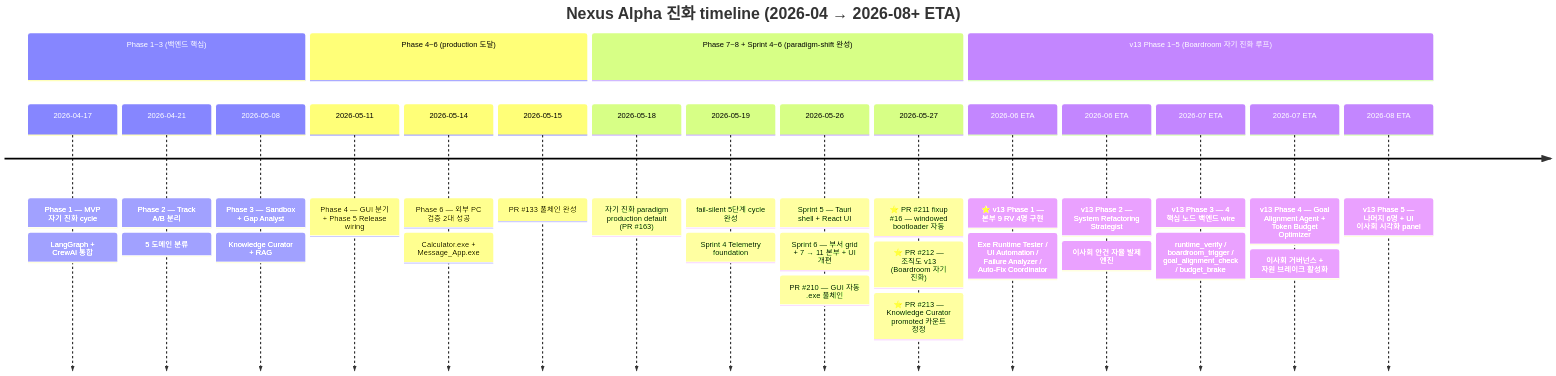
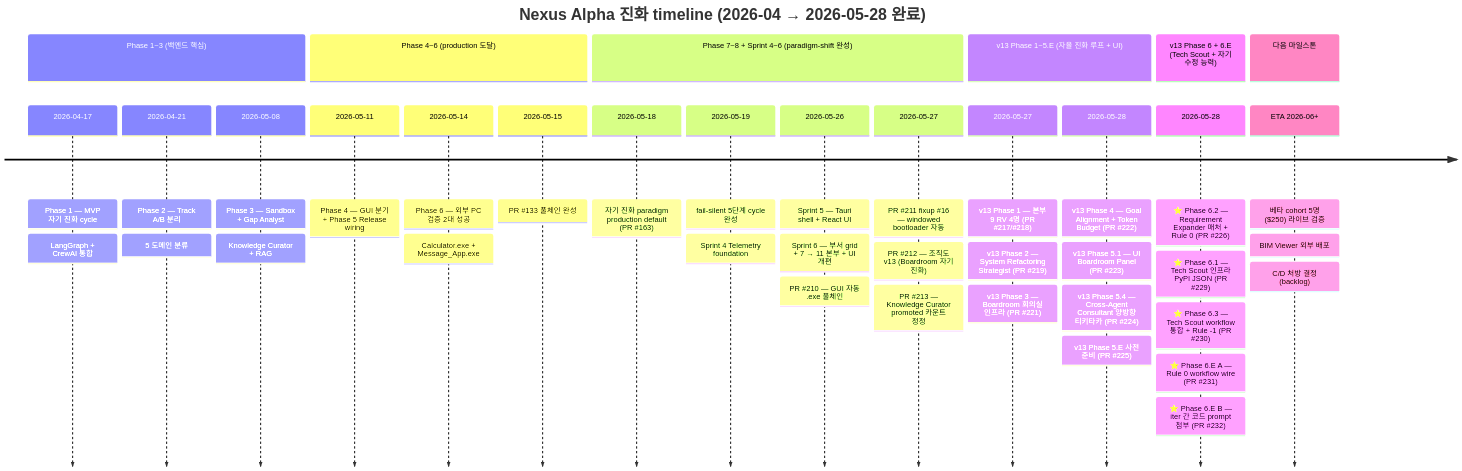
The first of 4 diagrams in docs/architecture/phase_progress.md (SongJongwon/nexus-alpha), drawn with Mermaid before and after one commit. The commit also changed other lines of this file and 2 other files, not shown here.

First line of the commit message:
docs: 2026-05-28 세션 마무리 — Phase 6.E A+B 완성 반영 3 문서 갱신 (#233)

````diff
--- a/docs/architecture/phase_progress.md
+++ b/docs/architecture/phase_progress.md
@@ -10,40 +10,50 @@
 ```mermaid
 timeline
-    title Nexus Alpha 진화 timeline (2026-04 → 2026-08+ ETA)
+    title Nexus Alpha 진화 timeline (2026-04 → 2026-05-28 완료)
 
     section Phase 1~3 (백엔드 핵심)
         2026-04-17 : Phase 1 — MVP 자기 진화 cycle
                    : LangGraph + CrewAI 통합
         2026-04-21 : Phase 2 — Track A/B 분리
                    : 5 도메인 분류
         2026-05-08 : Phase 3 — Sandbox + Gap Analyst
                    : Knowledge Curator + RAG
 
     section Phase 4~6 (production 도달)
         2026-05-11 : Phase 4 — GUI 분기 + Phase 5 Release wiring
         2026-05-14 : Phase 6 — 외부 PC 검증 2대 성공
                    : Calculator.exe + Message_App.exe
         2026-05-15 : PR #133 풀체인 완성
 
     section Phase 7~8 + Sprint 4~6 (paradigm-shift 완성)
         2026-05-18 : 자기 진화 paradigm production default (PR #163)
         2026-05-19 : fail-silent 5단계 cycle 완성
                    : Sprint 4 Telemetry foundation
         2026-05-26 : Sprint 5 — Tauri shell + React UI
                    : Sprint 6 — 부서 grid + 7 → 11 본부 + UI 개편
                    : PR #210 — GUI 자동 .exe 풀체인
-        2026-05-27 : ⭐ PR #211 fixup #16 — windowed bootloader 자동
-                   : ⭐ PR #212 — 조직도 v13 (Boardroom 자기 진화)
-                   : ⭐ PR #213 — Knowledge Curator promoted 카운트 정정
+        2026-05-27 : PR #211 fixup #16 — windowed bootloader 자동
+                   : PR #212 — 조직도 v13 (Boardroom 자기 진화)
+                   : PR #213 — Knowledge Curator promoted 카운트 정정
 
-    section v13 Phase 1~5 (Boardroom 자기 진화 루프)
-        2026-06 ETA : ⭐ v13 Phase 1 — 본부 9 RV 4명 구현
-                    : Exe Runtime Tester / UI Automation / Failure Analyzer / Auto-Fix Coordinator
-        2026-06 ETA : v13 Phase 2 — System Refactoring Strategist
-                    : 이사회 안건 자율 발제 엔진
-        2026-07 ETA : v13 Phase 3 — 4 핵심 노드 백엔드 wire
-                    : runtime_verify / boardroom_trigger / goal_alignment_check / budget_brake
-        2026-07 ETA : v13 Phase 4 — Goal Alignment Agent + Token Budget Optimizer
-                    : 이사회 거버넌스 + 자원 브레이크 활성화
-        2026-08 ETA : v13 Phase 5 — 나머지 6명 + UI 이사회 시각화 panel
+    section v13 Phase 1~5.E (자율 진화 루프 + UI)
+        2026-05-27 : v13 Phase 1 — 본부 9 RV 4명 (PR #217/#218)
+                   : v13 Phase 2 — System Refactoring Strategist (PR #219)
+                   : v13 Phase 3 — Boardroom 회의실 인프라 (PR #221)
+        2026-05-28 : v13 Phase 4 — Goal Alignment + Token Budget (PR #222)
+                   : v13 Phase 5.1 — UI Boardroom Panel (PR #223)
+                   : v13 Phase 5.4 — Cross-Agent Consultant 양방향 티키타카 (PR #224)
+                   : v13 Phase 5.E 사전 준비 (PR #225)
+
+    section v13 Phase 6 + 6.E (Tech Scout + 자기 수정 능력)
+        2026-05-28 : ⭐ Phase 6.2 — Requirement Expander 매처 + Rule 0 (PR #226)
+                   : ⭐ Phase 6.1 — Tech Scout 인프라 PyPI JSON (PR #229)
+                   : ⭐ Phase 6.3 — Tech Scout workflow 통합 + Rule -1 (PR #230)
+                   : ⭐ Phase 6.E A — Rule 0 workflow wire (PR #231)
+                   : ⭐ Phase 6.E B — iter 간 코드 prompt 첨부 (PR #232)
+
+    section 다음 마일스톤
+        ETA 2026-06+ : 베타 cohort 5명 ($250) 라이브 검증
+                     : BIM Viewer 외부 배포
+                     : C/D 처방 결정 (backlog)
 ```
````
